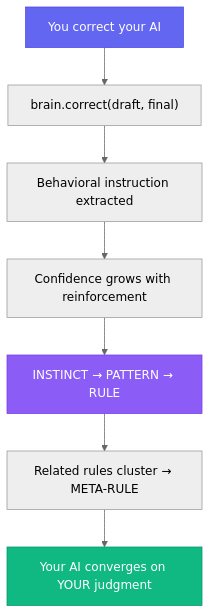
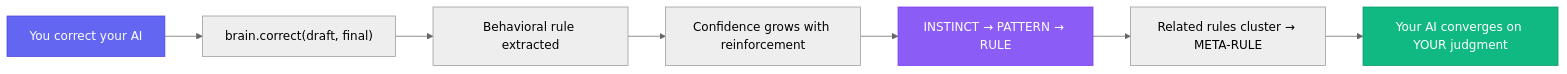
Before and after one commit to Gradata/gradata: the first of 3 diagrams in README.md, drawn with Mermaid (neutral theme). The commit also changed other lines of this file and 1 other file, not shown here.

````diff
--- a/README.md
+++ b/README.md
@@ -119,13 +49,13 @@
 ```mermaid
-flowchart TD
+flowchart LR
     A["You correct your AI"] --> B["brain.correct(draft, final)"]
-    B --> C["Behavioral instruction extracted"]
+    B --> C["Behavioral rule extracted"]
     C --> D["Confidence grows with reinforcement"]
     D --> E["INSTINCT → PATTERN → RULE"]
     E --> F["Related rules cluster → META-RULE"]
     F --> G["Your AI converges on YOUR judgment"]
 
     style A fill:#6366f1,stroke:#4f46e5,color:#fff
     style E fill:#8b5cf6,stroke:#7c3aed,color:#fff
     style G fill:#10b981,stroke:#059669,color:#fff
 ```
````
